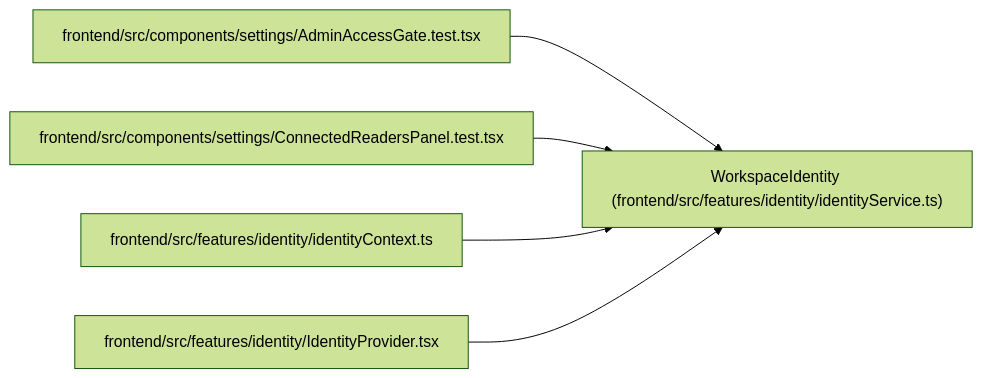
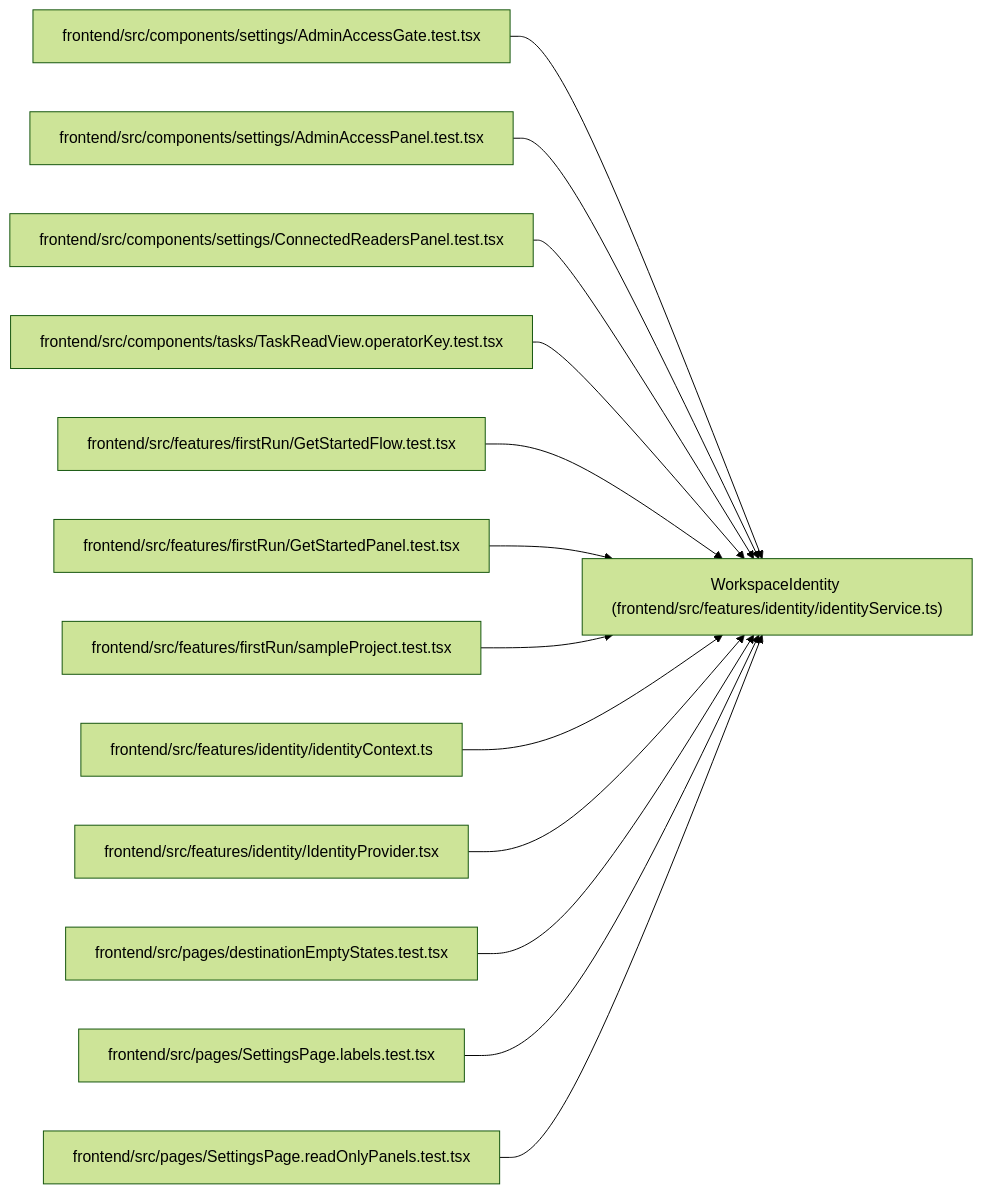
Before and after one commit to Denissvgn/WorkChord: the diagram in docs/llm_wiki/entities/WorkspaceIdentity.md, drawn with Mermaid (forest theme). The commit also changed other lines of this file and 2373 other files, not shown here.

````diff
--- a/docs/llm_wiki/entities/WorkspaceIdentity.md
+++ b/docs/llm_wiki/entities/WorkspaceIdentity.md
@@ -36,17 +36,41 @@
 ```mermaid
 flowchart LR
     n0["WorkspaceIdentity (frontend/src/features/identity/identityService.ts)"]
     n1["frontend/src/components/settings/AdminAccessGate.test.tsx"]
-    n2["frontend/src/components/settings/ConnectedReadersPanel.test.tsx"]
-    n3["frontend/src/features/identity/identityContext.ts"]
-    n4["frontend/src/features/identity/IdentityProvider.tsx"]
+    n2["frontend/src/components/settings/AdminAccessPanel.test.tsx"]
+    n3["frontend/src/components/settings/ConnectedReadersPanel.test.tsx"]
+    n4["frontend/src/components/tasks/TaskReadView.operatorKey.test.tsx"]
+    n5["frontend/src/features/firstRun/GetStartedFlow.test.tsx"]
+    n6["frontend/src/features/firstRun/GetStartedPanel.test.tsx"]
+    n7["frontend/src/features/firstRun/sampleProject.test.tsx"]
+    n8["frontend/src/features/identity/identityContext.ts"]
+    n9["frontend/src/features/identity/IdentityProvider.tsx"]
+    n10["frontend/src/pages/destinationEmptyStates.test.tsx"]
+    n11["frontend/src/pages/SettingsPage.labels.test.tsx"]
+    n12["frontend/src/pages/SettingsPage.readOnlyPanels.test.tsx"]
     n1 --> n0
     n2 --> n0
     n3 --> n0
     n4 --> n0
+    n5 --> n0
+    n6 --> n0
+    n7 --> n0
+    n8 --> n0
+    n9 --> n0
+    n10 --> n0
+    n11 --> n0
+    n12 --> n0
     click n0 "../modules/identityService.md"
     click n1 "../modules/AdminAccessGate.test.md"
-    click n2 "../modules/ConnectedReadersPanel.test.md"
-    click n3 "../modules/identityContext.md"
-    click n4 "../modules/IdentityProvider.md"
+    click n2 "../modules/AdminAccessPanel.test.md"
+    click n3 "../modules/ConnectedReadersPanel.test.md"
+    click n4 "../modules/TaskReadView.operatorKey.test.md"
+    click n5 "../modules/GetStartedFlow.test.md"
+    click n6 "../modules/GetStartedPanel.test.md"
+    click n7 "../modules/sampleProject.test.md"
+    click n8 "../modules/identityContext.md"
+    click n9 "../modules/IdentityProvider.md"
+    click n10 "../modules/destinationEmptyStates.test.md"
+    click n11 "../modules/SettingsPage.labels.test.md"
+    click n12 "../modules/SettingsPage.readOnlyPanels.test.md"
 ```
````
